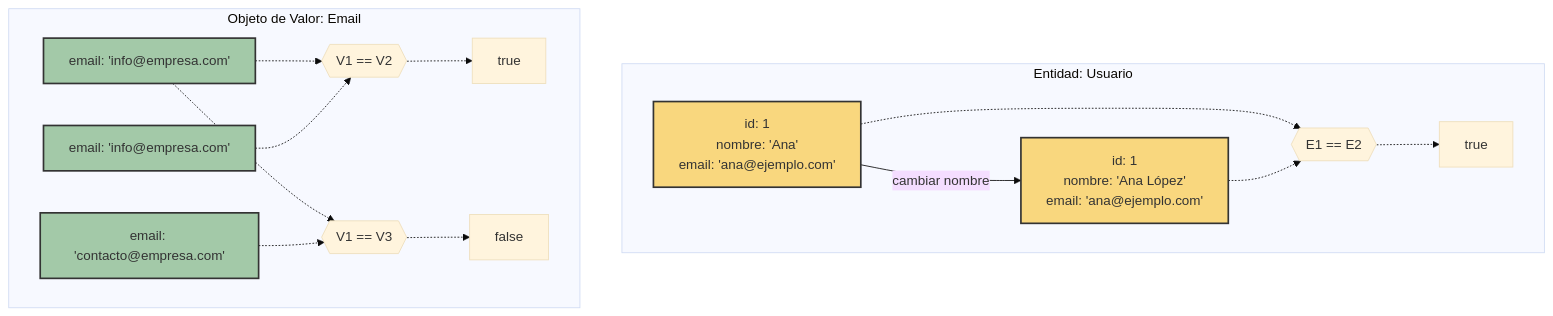
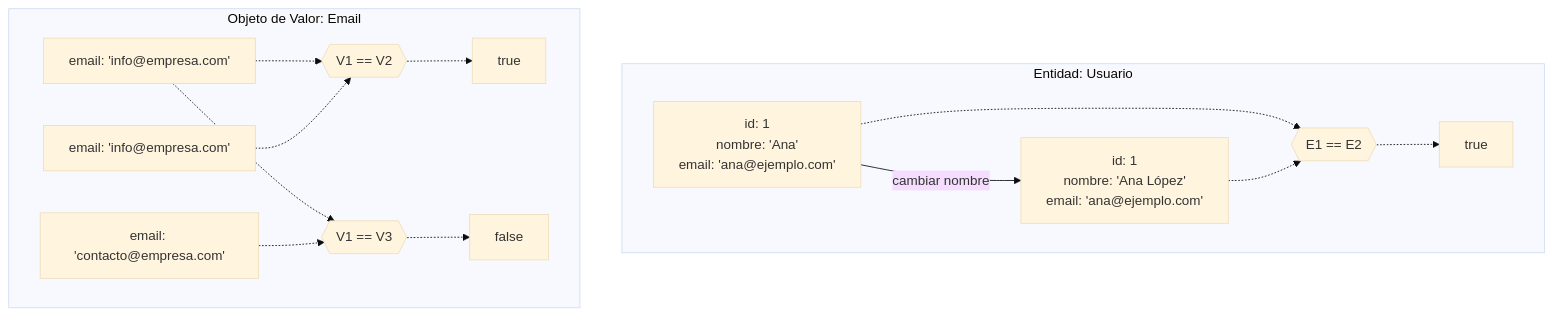
One commit to aialphanovatide/software-architecture-guide changed the third of 4 diagrams in docs/ddd/entities-value-objects.md. Above: the diagram before and after it, drawn with Mermaid (base theme). The commit also changed other lines of this file and 8 other files, not shown here.

````diff
--- a/docs/ddd/entities-value-objects.md
+++ b/docs/ddd/entities-value-objects.md
@@ -163,38 +153,32 @@
 ```mermaid
 graph TD
     subgraph "Entidad: Usuario"
         E1[id: 1<br>nombre: 'Ana'<br>email: 'ana@ejemplo.com']
         E2[id: 1<br>nombre: 'Ana López'<br>email: 'ana@ejemplo.com']
         
         E1 -- cambiar nombre --> E2
         
         comp1{{"E1 == E2"}}
         
         E1 -.-> comp1
         E2 -.-> comp1
         comp1 -.-> result1[true]
     end
     
     subgraph "Objeto de Valor: Email"
         V1[email: 'info@empresa.com']
         V2[email: 'info@empresa.com']
         V3[email: 'contacto@empresa.com']
         
         comp2{{"V1 == V2"}}
         comp3{{"V1 == V3"}}
         
         V1 -.-> comp2
         V2 -.-> comp2
         V1 -.-> comp3
         V3 -.-> comp3
         
         comp2 -.-> result2[true]
         comp3 -.-> result3[false]
     end
-    
-    style E1 fill:#f9d77e,stroke:#333,stroke-width:2px
-    style E2 fill:#f9d77e,stroke:#333,stroke-width:2px
-    style V1 fill:#a3c9a8,stroke:#333,stroke-width:2px
-    style V2 fill:#a3c9a8,stroke:#333,stroke-width:2px
-    style V3 fill:#a3c9a8,stroke:#333,stroke-width:2px
 ```
````
